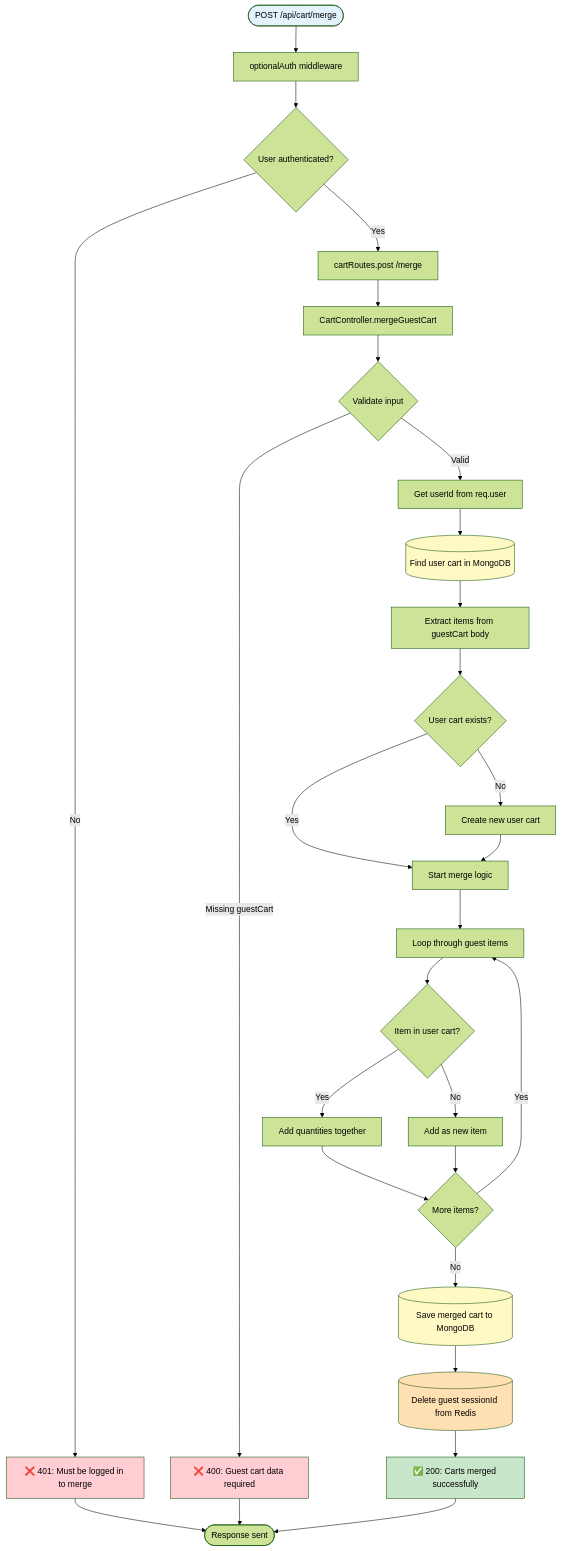
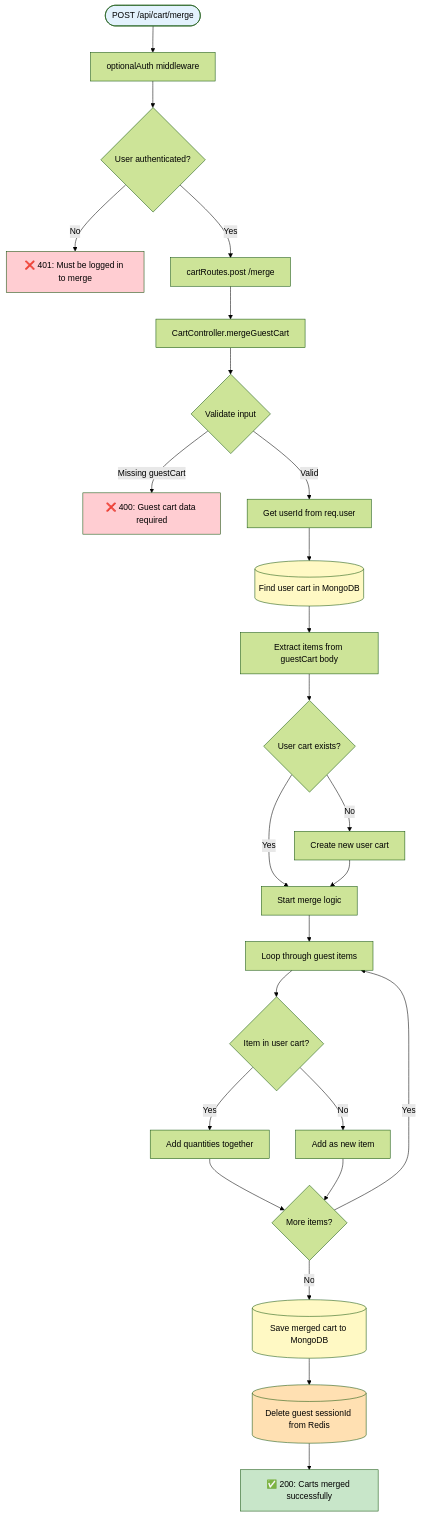
One commit to shmuelkapiloff/simple- changed diagram 16 of 26 in docs/SERVER_ENDPOINTS_MAP.md. Above: the diagram before and after it, drawn with Mermaid (forest theme). The commit also changed other lines of this file, not shown here.

Commit message:
fix: Remove End nodes from flowcharts to fix GitHub Mermaid rendering

````diff
--- a/docs/SERVER_ENDPOINTS_MAP.md
+++ b/docs/SERVER_ENDPOINTS_MAP.md
@@ -928,46 +874,43 @@
 ```mermaid
 flowchart TD
     Request([POST /api/cart/merge]) --> OptionalAuth[optionalAuth middleware]
     OptionalAuth --> CheckAuth{User authenticated?}
     CheckAuth -->|No| Return401["❌ 401: Must be logged in to merge"]
     CheckAuth -->|Yes| RouteHandler[cartRoutes.post /merge]
     
     RouteHandler --> Controller[CartController.mergeGuestCart]
     Controller --> ValidateInput{Validate input}
     ValidateInput -->|Missing guestCart| Return400["❌ 400: Guest cart data required"]
     ValidateInput -->|Valid| GetUserId[Get userId from req.user]
     
     GetUserId --> FindUserCart[(Find user cart in MongoDB)]
     FindUserCart --> GetGuestItems[Extract items from guestCart body]
     
     GetGuestItems --> UserCartExists{User cart exists?}
     UserCartExists -->|No| CreateUserCart[Create new user cart]
     UserCartExists -->|Yes| MergeLogic[Start merge logic]
     
     CreateUserCart --> MergeLogic
     MergeLogic --> LoopItems[Loop through guest items]
     
     LoopItems --> CheckItem{Item in user cart?}
     CheckItem -->|Yes| AddQuantities[Add quantities together]
     CheckItem -->|No| AddNewItem[Add as new item]
     
     AddQuantities --> NextItem{More items?}
     AddNewItem --> NextItem
     NextItem -->|Yes| LoopItems
     NextItem -->|No| SaveMerged[(Save merged cart to MongoDB)]
     
     SaveMerged --> DeleteGuestSession[(Delete guest sessionId from Redis)]
     DeleteGuestSession --> Return200["✅ 200: Carts merged successfully"]
     
-    Return401 --> End([Response sent])
-    Return400 --> End
-    Return200 --> End
     
     style Request fill:#e3f2fd
     style Return200 fill:#c8e6c9
     style Return401 fill:#ffcdd2
     style Return400 fill:#ffcdd2
     style FindUserCart fill:#fff9c4
     style SaveMerged fill:#fff9c4
     style DeleteGuestSession fill:#ffe0b2
 ```
````
